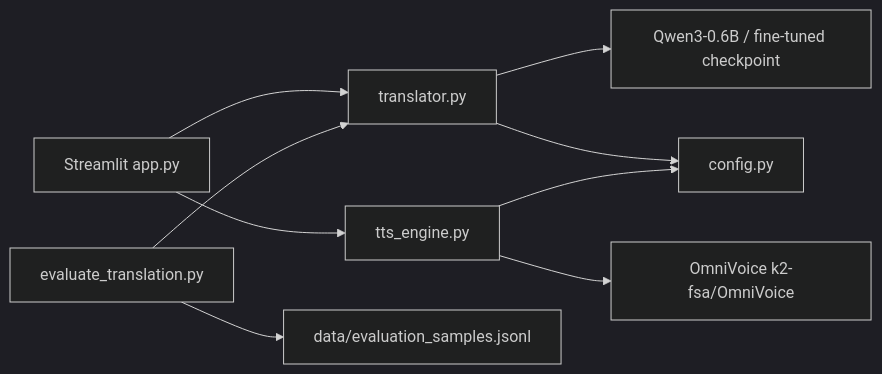
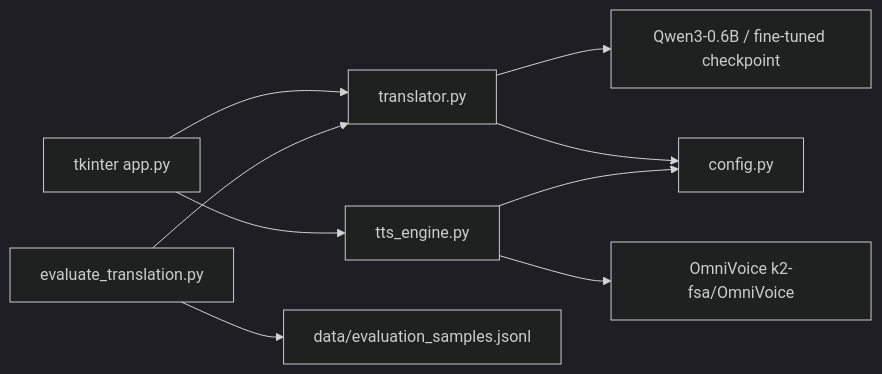
One commit to poorigoodi/TTS-translate changed the diagram in README.md. Above: the diagram before and after it, drawn with Mermaid (dark theme). The commit also changed other lines of this file and 14 other files, not shown here.

````diff
--- a/README.md
+++ b/README.md
@@ -33,11 +33,11 @@
 ```mermaid
 flowchart LR
-  UI[Streamlit app.py] --> TR[translator.py]
+  UI[tkinter app.py] --> TR[translator.py]
   UI --> TTS[tts_engine.py]
   TR --> Qwen[Qwen3-0.6B / fine-tuned checkpoint]
   TTS --> OV[OmniVoice k2-fsa/OmniVoice]
   TR --> CFG[config.py]
   TTS --> CFG
   EVAL[evaluate_translation.py] --> TR
   EVAL --> DATA[data/evaluation_samples.jsonl]
 ```
````
